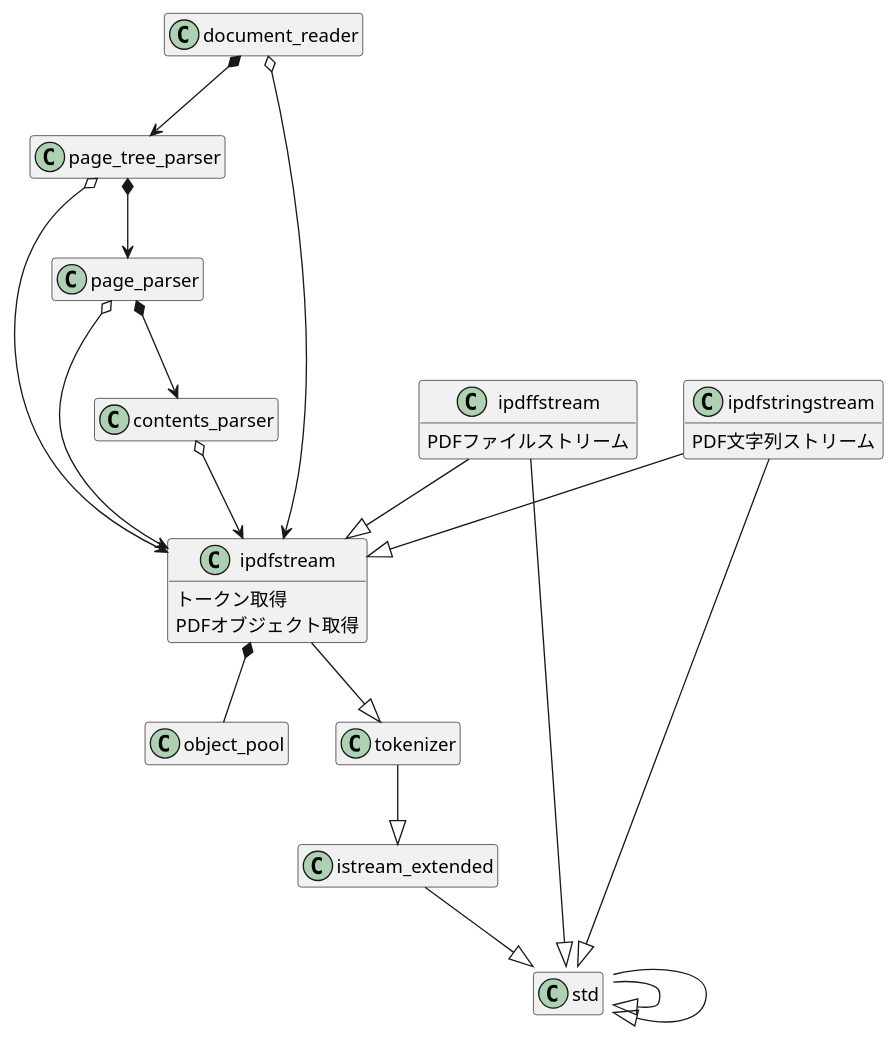
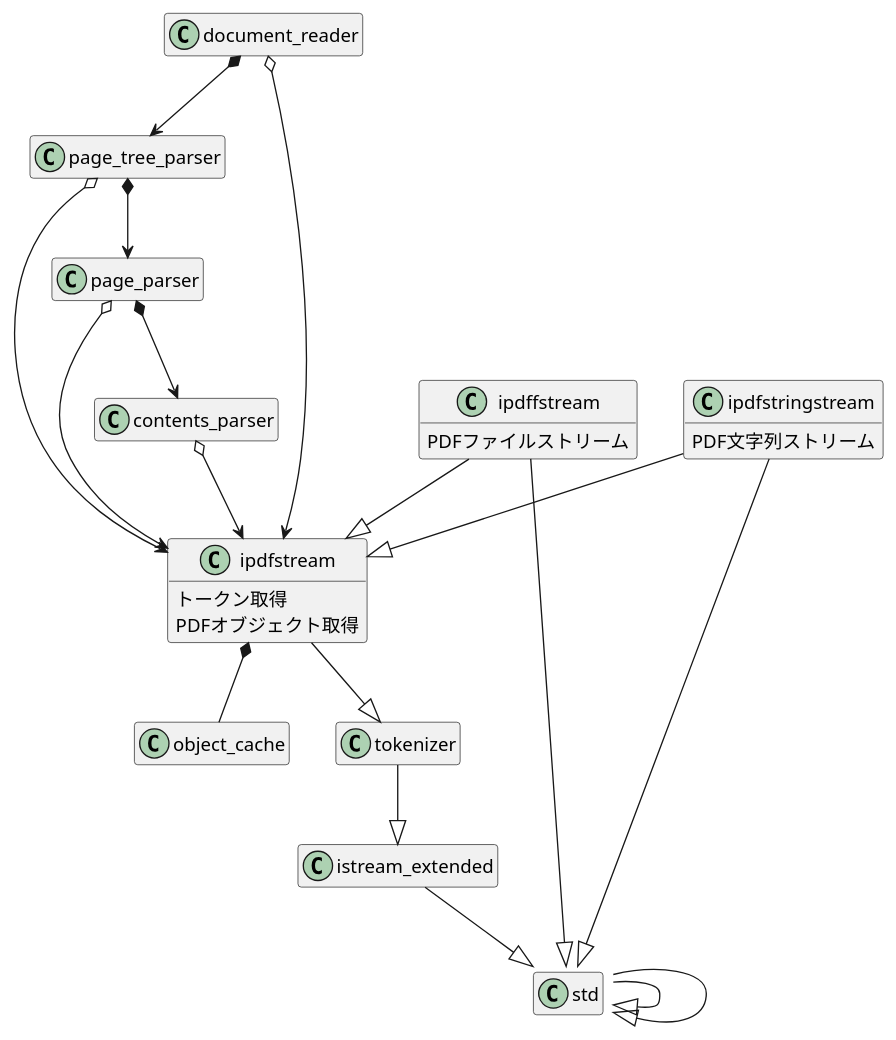
One commit to KodaiYM/PDFReader changed the diagram in document/overview.class.pu. Above: the diagram before and after it, drawn with PlantUML. The commit also changed 23 other files, not shown here.

Commit message:
rename object_pool -> object_cache

```diff
--- a/document/overview.class.pu
+++ b/document/overview.class.pu
@@ -1,44 +1,44 @@
 @startuml overview
 hide empty members
 class document_reader {}
 document_reader *--> page_tree_parser
 document_reader o--> ipdfstream
 
 class page_tree_parser {}
 page_tree_parser *--> page_parser
 page_tree_parser o--> ipdfstream
 
 class page_parser {}
 page_parser *--> contents_parser
 page_parser o--> ipdfstream
 
 class contents_parser {}
 contents_parser o--> ipdfstream
 
 
 ' PDF入力ストリーム
 class ipdffstream {
 	PDFファイルストリーム
 }
 ipdffstream --|> ipdfstream
 ipdffstream --|> std::ifstream
 
 std::ifstream --|> std::istream
 
 class ipdfstringstream {
 	PDF文字列ストリーム
 }
 ipdfstringstream --|> ipdfstream
 ipdfstringstream --|> std::istringstream
 
 std::istringstream --|> std::istream
 
 class ipdfstream {
 	トークン取得
 	PDFオブジェクト取得
 }
-ipdfstream *-- object_pool
+ipdfstream *-- object_cache
 ipdfstream --|> tokenizer
 tokenizer --|> istream_extended
 istream_extended --|> std::istream
 @enduml
```
